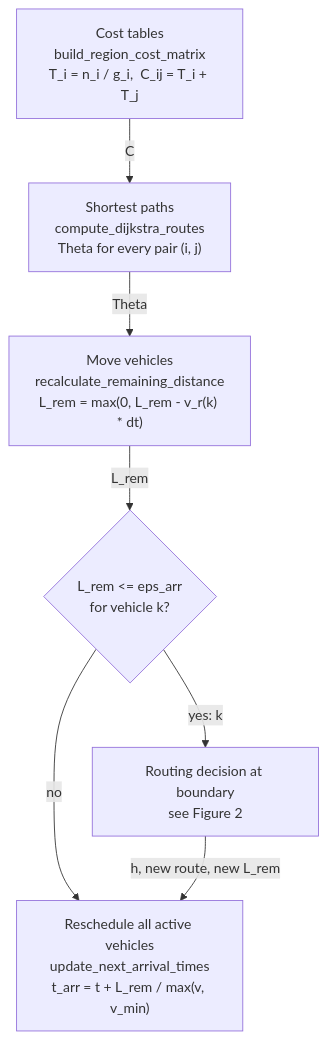
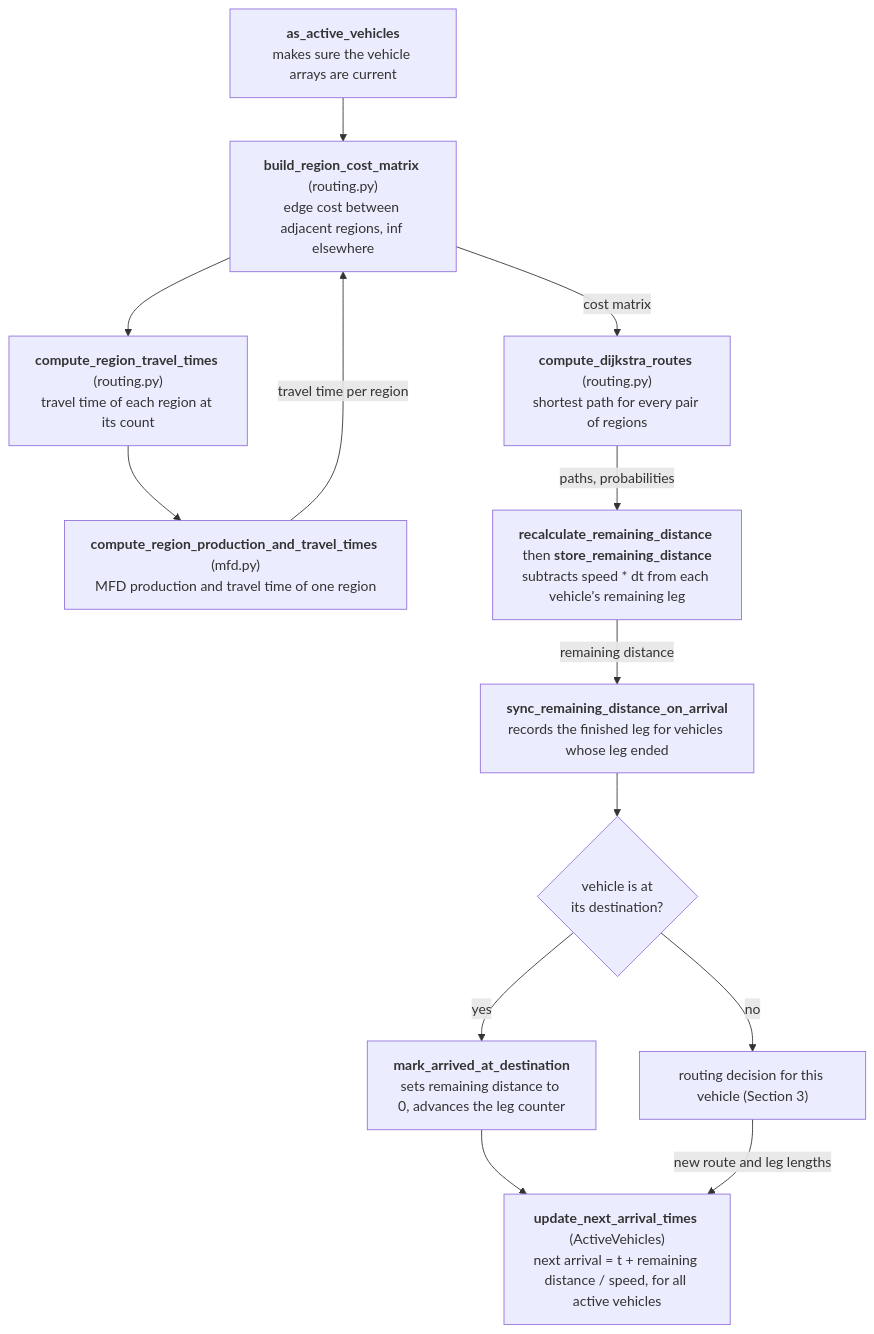
The second of 3 diagrams in docs/SIMULATION_FLOWCHART.md (sathyakumarnandakumar-cmyk/RG_MFD_Pub), drawn with Mermaid before and after one commit. The commit also changed other lines of this file and 1 other file, not shown here.

Commit message:
Split flowcharts into codebase flow and math flow

````diff
--- a/docs/SIMULATION_FLOWCHART.md
+++ b/docs/SIMULATION_FLOWCHART.md
@@ -47,16 +54,26 @@
 ```mermaid
 flowchart TD
-    A["Cost tables<br/>build_region_cost_matrix<br/>T_i = n_i / g_i,  C_ij = T_i + T_j"]
-    B["Shortest paths<br/>compute_dijkstra_routes<br/>Theta for every pair (i, j)"]
-    C["Move vehicles<br/>recalculate_remaining_distance<br/>L_rem = max(0, L_rem - v_r(k) * dt)"]
-    D{"L_rem <= eps_arr<br/>for vehicle k?"}
-    E["Routing decision at boundary<br/>see Figure 2"]
-    F["Reschedule all active vehicles<br/>update_next_arrival_times<br/>t_arr = t + L_rem / max(v, v_min)"]
+    A1["<b>as_active_vehicles</b><br/>makes sure the vehicle arrays are current"]
+    A2["<b>build_region_cost_matrix</b> (routing.py)<br/>edge cost between adjacent regions, inf elsewhere"]
+    A3["<b>compute_region_travel_times</b> (routing.py)<br/>travel time of each region at its count"]
+    A4["<b>compute_region_production_and_travel_times</b> (mfd.py)<br/>MFD production and travel time of one region"]
+    A5["<b>compute_dijkstra_routes</b> (routing.py)<br/>shortest path for every pair of regions"]
+    A6["<b>recalculate_remaining_distance</b> then <b>store_remaining_distance</b><br/>subtracts speed * dt from each vehicle's remaining leg"]
+    A7["<b>sync_remaining_distance_on_arrival</b><br/>records the finished leg for vehicles whose leg ended"]
+    A8{"vehicle is at<br/>its destination?"}
+    A9["<b>mark_arrived_at_destination</b><br/>sets remaining distance to 0, advances the leg counter"]
+    A10["routing decision for this vehicle (Section 3)"]
+    A11["<b>update_next_arrival_times</b> (ActiveVehicles)<br/>next arrival = t + remaining distance / speed, for all active vehicles"]
 
-    A -->|"C"| B
-    B -->|"Theta"| C
-    C -->|"L_rem"| D
-    D -->|"yes: k"| E
-    D -->|"no"| F
-    E -->|"h, new route, new L_rem"| F
+    A1 --> A2
+    A2 --> A3 --> A4
+    A4 -->|"travel time per region"| A2
+    A2 -->|"cost matrix"| A5
+    A5 -->|"paths, probabilities"| A6
+    A6 -->|"remaining distance"| A7
+    A7 --> A8
+    A8 -->|"yes"| A9
+    A8 -->|"no"| A10
+    A9 --> A11
+    A10 -->|"new route and leg lengths"| A11
 ```
````
